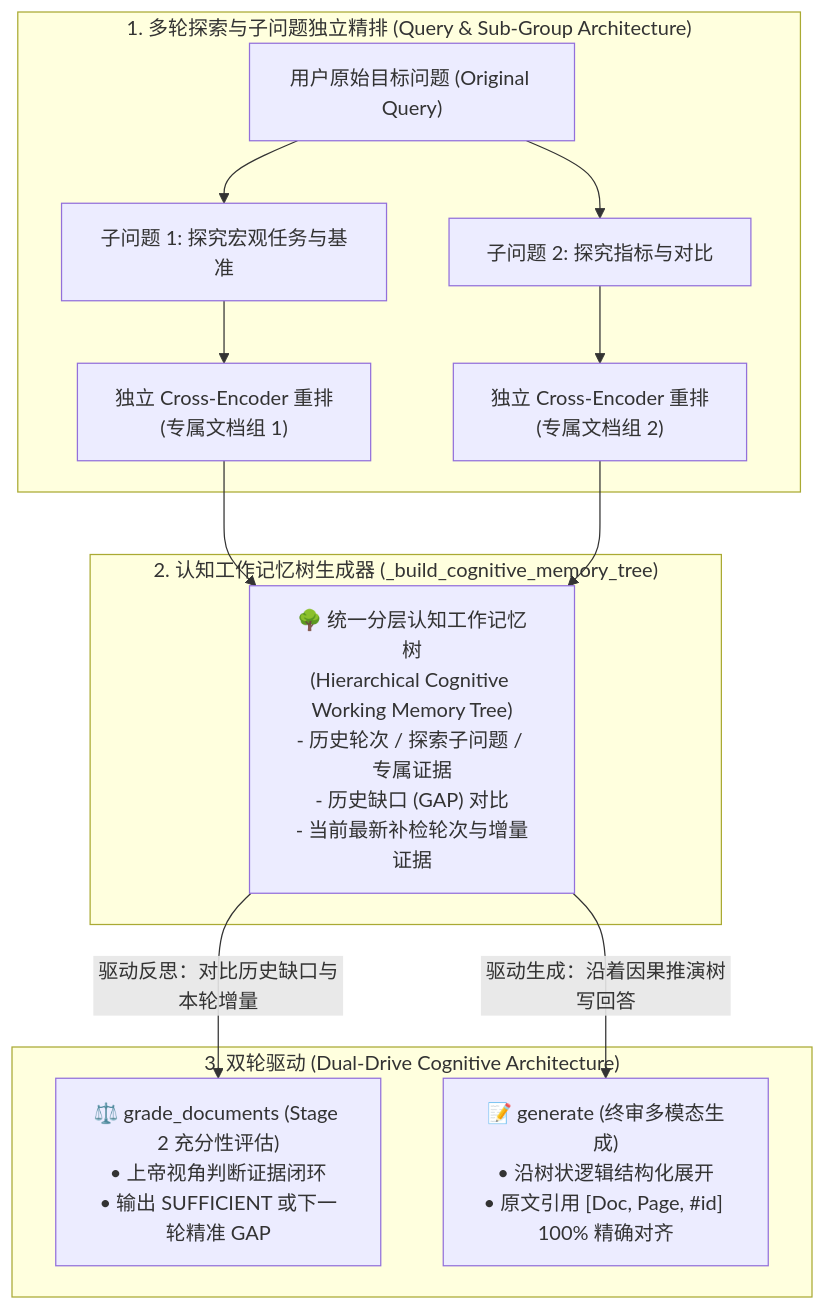
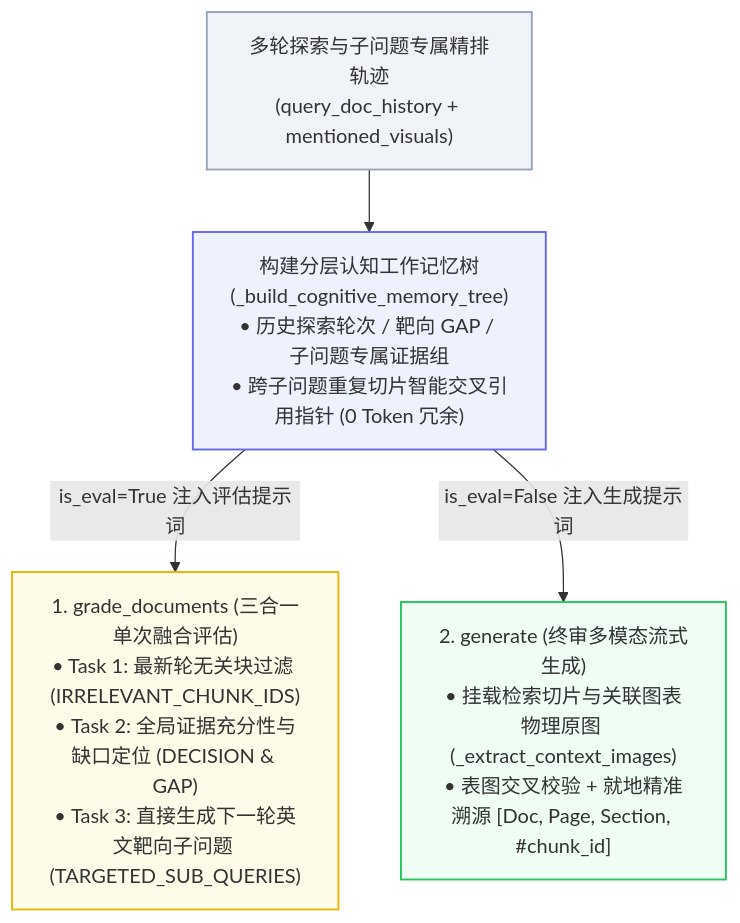
The first of 3 diagrams in README.md (1BiuBiuBiu/Multimodal-Agentic-RAG-Platform), drawn with Mermaid before and after one commit. The commit also changed other lines of this file and 2 other files, not shown here.

````diff
--- a/README.md
+++ b/README.md
@@ -88,18 +63,16 @@
 ```mermaid
 flowchart TD
-    subgraph MultiTurnRetrieval ["1. 多轮探索与子问题独立精排 (Query & Sub-Group Architecture)"]
-        Q["用户原始目标问题 (Original Query)"] --> S1["子问题 1: 探究宏观任务与基准"]
-        Q --> S2["子问题 2: 探究指标与对比"]
-        S1 --> R1["独立 Cross-Encoder 重排<br>(专属文档组 1)"]
-        S2 --> R2["独立 Cross-Encoder 重排<br>(专属文档组 2)"]
-    end
+    Data["多轮探索与子问题专属精排轨迹<br>(query_doc_history + mentioned_visuals)"]
+    Tree["构建分层认知工作记忆树<br>(_build_cognitive_memory_tree)<br>• 历史探索轮次 / 靶向 GAP / 子问题专属证据组<br>• 跨子问题重复切片智能交叉引用指针 (0 Token 冗余)"]
+    Grade["1. grade_documents (三合一单次融合评估)<br>• Task 1: 最新轮无关块过滤 (IRRELEVANT_CHUNK_IDS)<br>• Task 2: 全局证据充分性与缺口定位 (DECISION & GAP)<br>• Task 3: 直接生成下一轮英文靶向子问题 (TARGETED_SUB_QUERIES)"]
+    Generate["2. generate (终审多模态流式生成)<br>• 挂载检索切片与关联图表物理原图 (_extract_context_images)<br>• 表图交叉校验 + 就地精准溯源 [Doc, Page, Section, #chunk_id]"]
 
-    subgraph MemoryTreeBuilder ["2. 认知工作记忆树生成器 (_build_cognitive_memory_tree)"]
-        R1 & R2 --> Tree["🌳 统一分层认知工作记忆树<br>(Hierarchical Cognitive Working Memory Tree)<br>- 历史轮次 / 探索子问题 / 专属证据<br>- 历史缺口 (GAP) 对比<br>- 当前最新补检轮次与增量证据"]
-    end
+    Data --> Tree
+    Tree -->|is_eval=True 注入评估提示词| Grade
+    Tree -->|is_eval=False 注入生成提示词| Generate
 
-    subgraph DualDrive ["3. 双轮驱动 (Dual-Drive Cognitive Architecture)"]
-        Tree -->|驱动反思：对比历史缺口与本轮增量| Eval["⚖️ grade_documents (Stage 2 充分性评估)<br>• 上帝视角判断证据闭环<br>• 输出 SUFFICIENT 或下一轮精准 GAP"]
-        Tree -->|驱动生成：沿着因果推演树写回答| Gen["📝 generate (终审多模态生成)<br>• 沿树状逻辑结构化展开<br>• 原文引用 [Doc, Page, #id] 100% 精确对齐"]
-    end
+    style Data fill:#f0f4f8,stroke:#94a3b8,stroke-width:1.5px
+    style Tree fill:#eef2ff,stroke:#6366f1,stroke-width:1.5px
+    style Grade fill:#fefce8,stroke:#eab308,stroke-width:1.5px
+    style Generate fill:#f0fdf4,stroke:#22c55e,stroke-width:1.5px
 ```
````
